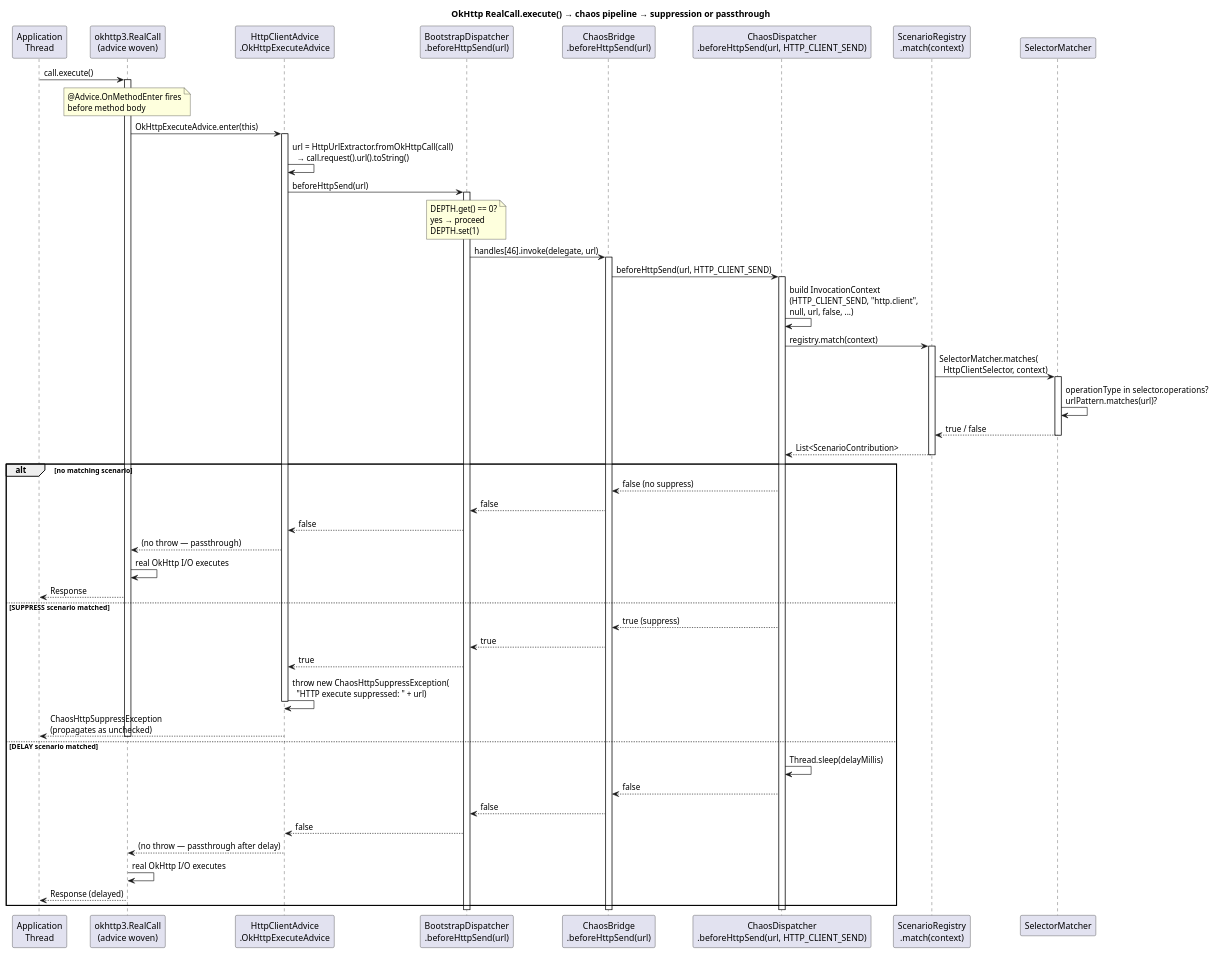
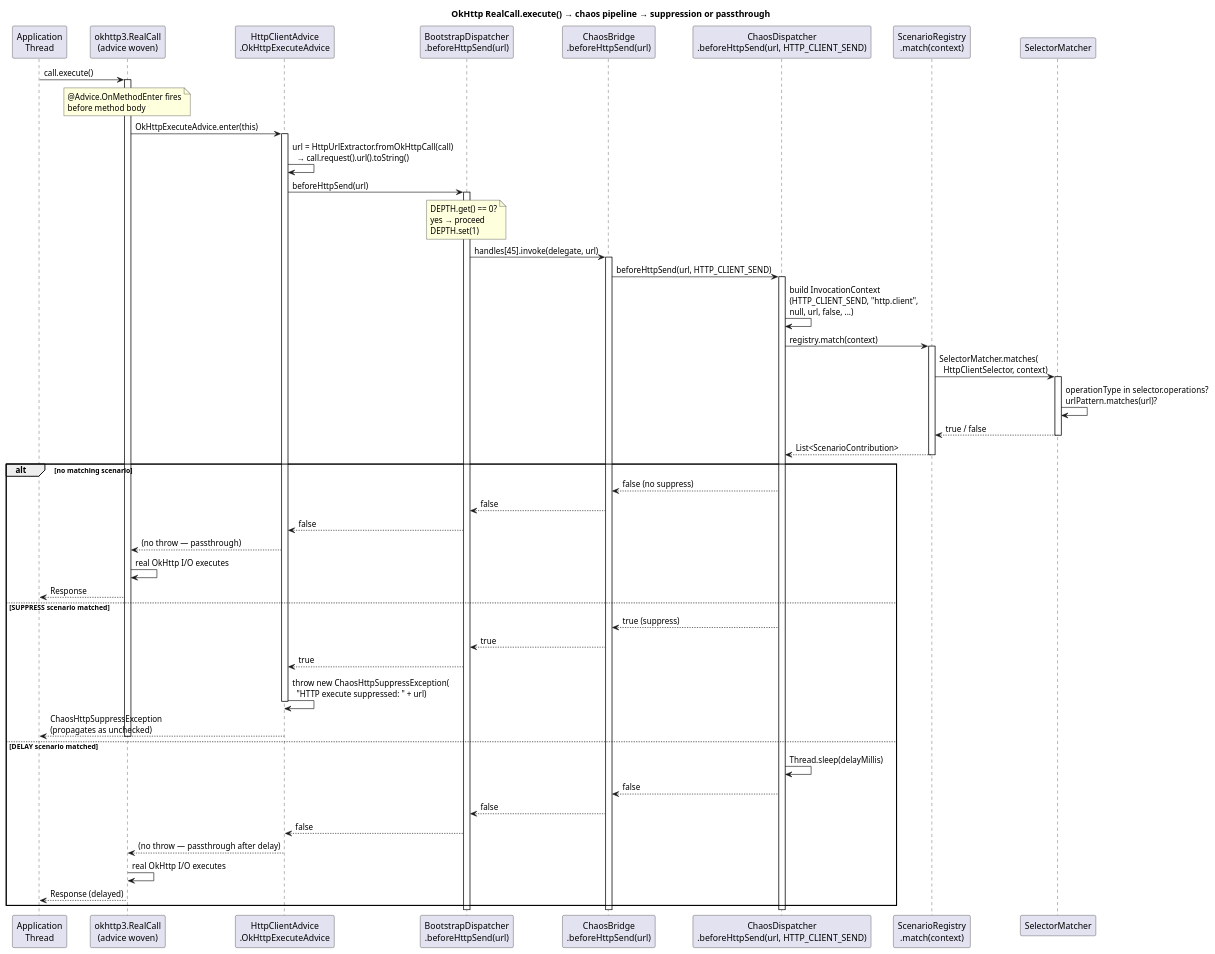
The third of 4 diagrams in docs/instrumentation.md (macstab/macstab-chaos-jvm-agent), drawn with PlantUML before and after one commit. The commit also changed other lines of this file and 10 other files, not shown here.

````diff
--- a/docs/instrumentation.md
+++ b/docs/instrumentation.md
@@ -653,78 +663,78 @@
 ```plantuml
 @startuml
 title OkHttp RealCall.execute() → chaos pipeline → suppression or passthrough
 
 participant "Application\nThread" as App
 participant "okhttp3.RealCall\n(advice woven)" as RC
 participant "HttpClientAdvice\n.OkHttpExecuteAdvice" as Advice
 participant "BootstrapDispatcher\n.beforeHttpSend(url)" as BD
 participant "ChaosBridge\n.beforeHttpSend(url)" as CB
 participant "ChaosDispatcher\n.beforeHttpSend(url, HTTP_CLIENT_SEND)" as CD
 participant "ScenarioRegistry\n.match(context)" as SR
 participant "SelectorMatcher" as SM
 
 App -> RC : call.execute()
 activate RC
 
 note over RC : @Advice.OnMethodEnter fires\nbefore method body
 
 RC -> Advice : OkHttpExecuteAdvice.enter(this)
 activate Advice
 
 Advice -> Advice : url = HttpUrlExtractor.fromOkHttpCall(call)\n  → call.request().url().toString()
 
 Advice -> BD : beforeHttpSend(url)
 activate BD
 
 note over BD : DEPTH.get() == 0?\nyes → proceed\nDEPTH.set(1)
 
-BD -> CB : handles[46].invoke(delegate, url)
+BD -> CB : handles[45].invoke(delegate, url)
 activate CB
 
 CB -> CD : beforeHttpSend(url, HTTP_CLIENT_SEND)
 activate CD
 
 CD -> CD : build InvocationContext\n(HTTP_CLIENT_SEND, "http.client",\nnull, url, false, ...)
 
 CD -> SR : registry.match(context)
 activate SR
 
 SR -> SM : SelectorMatcher.matches(\n  HttpClientSelector, context)
 activate SM
 SM -> SM : operationType in selector.operations?\nurlPattern.matches(url)?
 SM --> SR : true / false
 deactivate SM
 
 SR --> CD : List<ScenarioContribution>
 deactivate SR
 
 alt no matching scenario
   CD --> CB : false (no suppress)
   CB --> BD : false
   BD --> Advice : false
   Advice --> RC : (no throw — passthrough)
   RC -> RC : real OkHttp I/O executes
   RC --> App : Response
 else SUPPRESS scenario matched
   CD --> CB : true (suppress)
   CB --> BD : true
   BD --> Advice : true
   Advice -> Advice : throw new ChaosHttpSuppressException(\n  "HTTP execute suppressed: " + url)
   deactivate Advice
   Advice --> App : ChaosHttpSuppressException\n(propagates as unchecked)
   deactivate RC
 else DELAY scenario matched
   CD -> CD : Thread.sleep(delayMillis)
   CD --> CB : false
   CB --> BD : false
   BD --> Advice : false
   Advice --> RC : (no throw — passthrough after delay)
   RC -> RC : real OkHttp I/O executes
   RC --> App : Response (delayed)
 end
 
 deactivate CD
 deactivate CB
 deactivate BD
 @enduml
 ```
````
